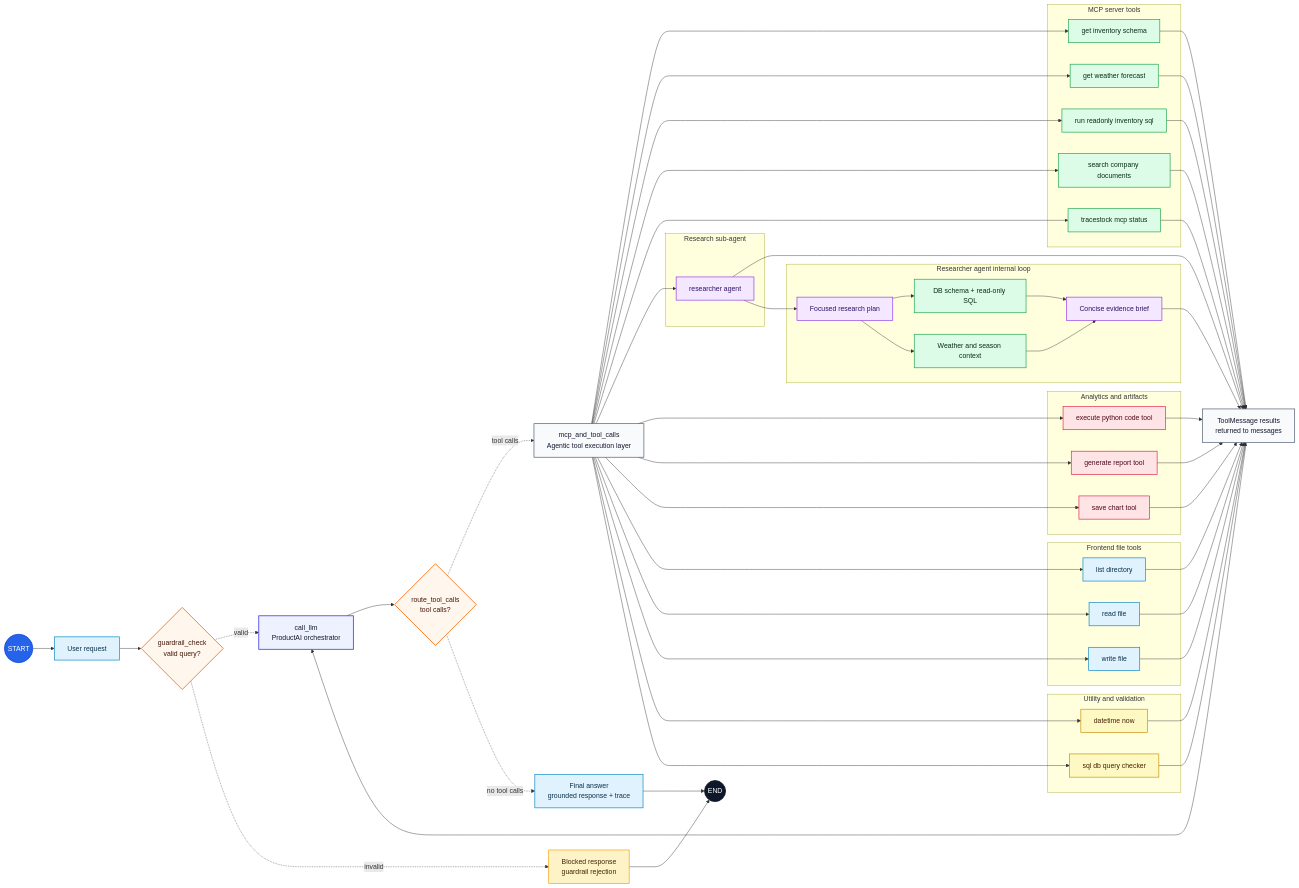
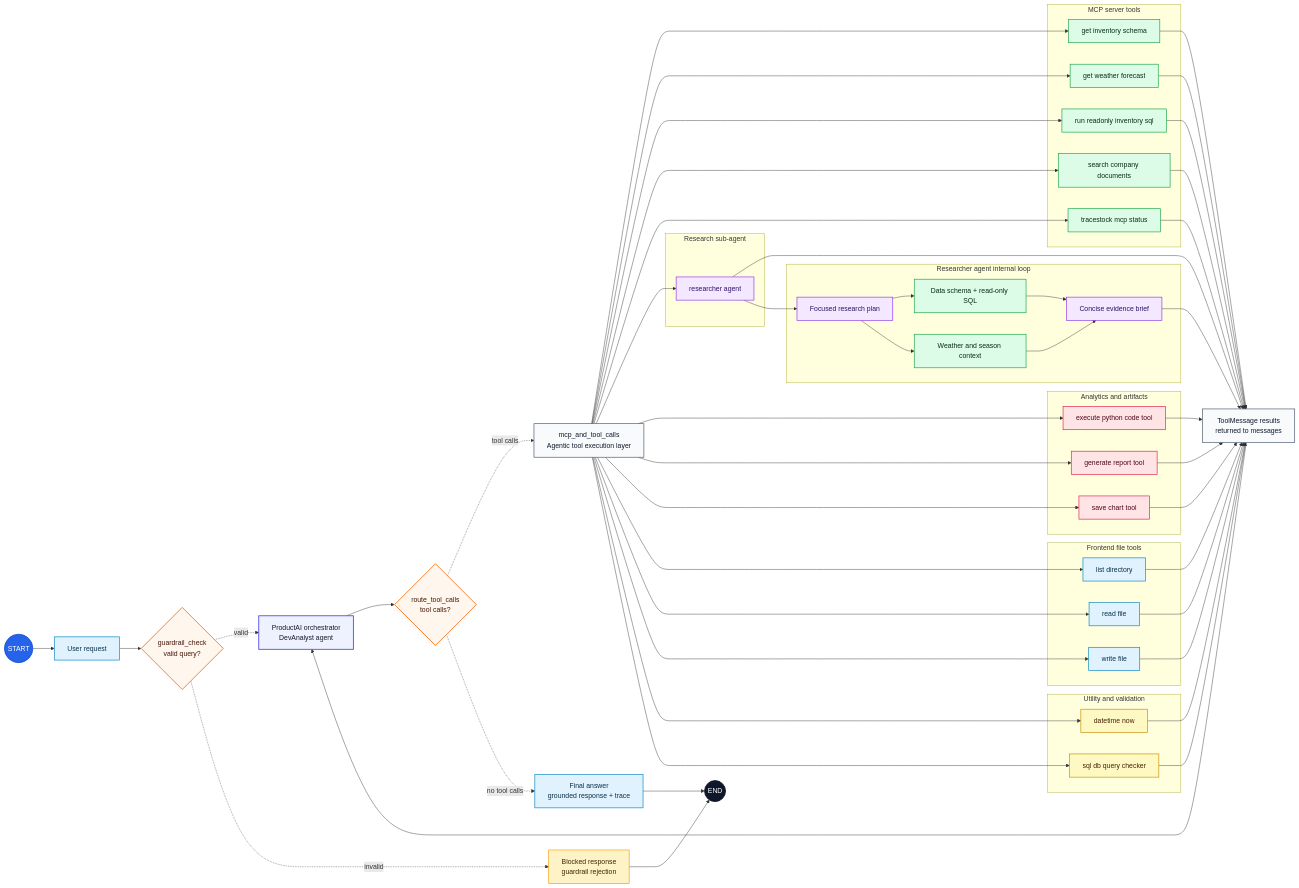
The diagram in README.md (badhon1512/DevAnalystAgent), drawn with Mermaid before and after one commit. The commit also changed other lines of this file and 5 other files, not shown here.

Commit message:
Refine ProductAI branding and agent role docs

```diff
--- a/README.md
+++ b/README.md
@@ -45,7 +51,7 @@
     start(("START")):::startstate
     user["User request"]:::entry
     guardrails{"guardrail_check<br/>valid query?"}:::condition
-    orchestrator["call_llm<br/>ProductAI orchestrator"]:::agent
+    orchestrator["ProductAI orchestrator<br/>DevAnalyst agent"]:::agent
     route_tools{"route_tool_calls<br/>tool calls?"}:::condition
     router["mcp_and_tool_calls<br/>Agentic tool execution layer"]:::router
     tool_result["ToolMessage results<br/>returned to messages"]:::router
@@ -128,7 +134,7 @@
 
     subgraph research_inner["Researcher agent internal loop"]
         research_plan["Focused research plan"]:::research
-        research_db["DB schema + read-only SQL"]:::mcp
+        research_db["Data schema + read-only SQL"]:::mcp
         research_weather["Weather and season context"]:::mcp
         research_brief["Concise evidence brief"]:::research
         research_plan --> research_db
```
